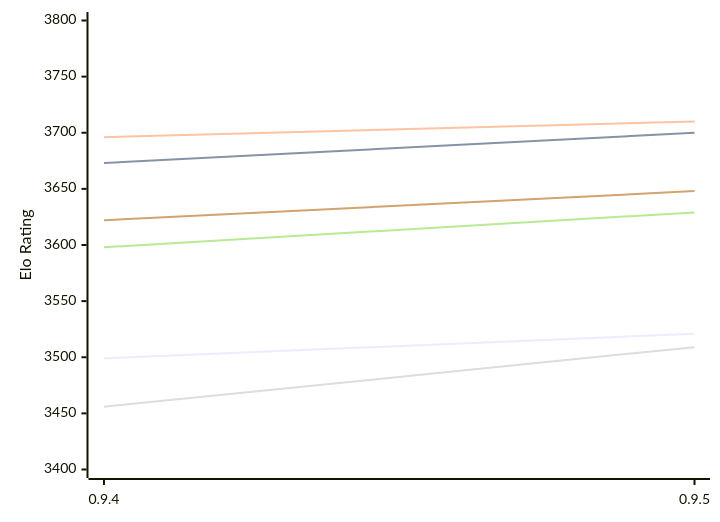
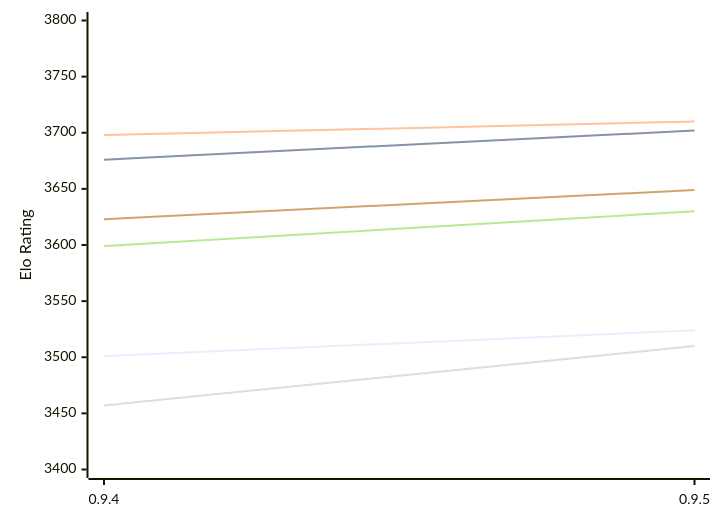
One commit to computer-chess-index/cci changed the first of 2 diagrams in engines/Coda.md. Above: the diagram before and after it, drawn with Mermaid. The commit also changed other lines of this file, not shown here.

Commit message:
Update CCI Ratings (ELO VLTC) - 2026-11-17

````diff
--- a/engines/Coda.md
+++ b/engines/Coda.md
@@ -52,12 +52,12 @@
 ```mermaid
 %%{init: {"theme":"base","themeVariables":{"seriesColors:['#a3a3a3','#222221','#faa371']}}}%%
 xychart-beta
   x-axis ["0.9.4", "0.9.5"]
   y-axis "Elo Rating" 3400 --> 3800
-  line "E1: STC (8.0+0.08s)" [3499, 3521]
-  line "E1: LTC (60.0+0.60s)" [3673, 3700]
-  line "E1: VLTC (2m24s+1.12s)" [3696, 3710]
-  line "P1: STC (8.0+0.08s)" [3456, 3509]
-  line "P1: LTC (60.0+0.60s)" [3598, 3629]
-  line "P1: VLTC (2m24s+1.12s)" [3622, 3648]
+  line "E1: STC (8.0+0.08s)" [3501, 3524]
+  line "E1: LTC (60.0+0.60s)" [3676, 3702]
+  line "E1: VLTC (2m24s+1.12s)" [3698, 3710]
+  line "P1: STC (8.0+0.08s)" [3457, 3510]
+  line "P1: LTC (60.0+0.60s)" [3599, 3630]
+  line "P1: VLTC (2m24s+1.12s)" [3623, 3649]
 ```
````
